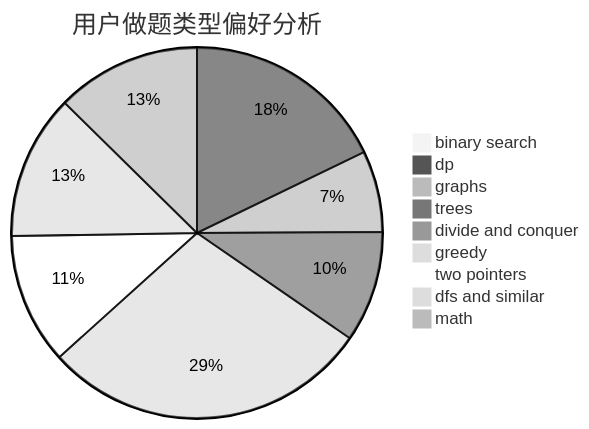
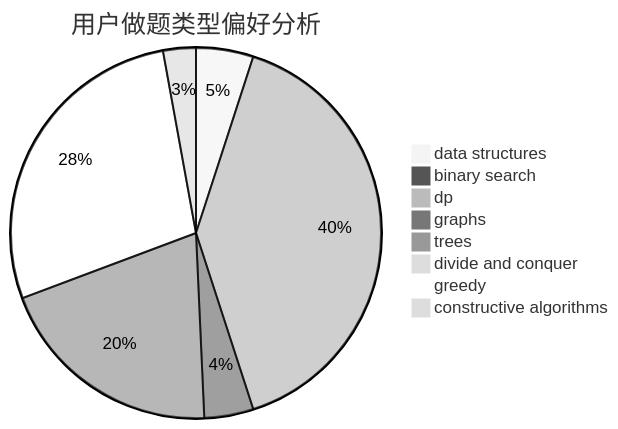
Before and after one commit to sherpahu/cfrs.github.io: the second of 3 diagrams in docs/user/u181.md, drawn with Mermaid (neutral theme). The commit also changed other lines of this file and 2775 other files, not shown here.

````diff
--- a/docs/user/u181.md
+++ b/docs/user/u181.md
@@ -23,12 +23,11 @@
 ```mermaid
 pie title 用户做题类型偏好分析
+    "data structures" :  7
     "binary search" :  0
-    "dp" :  103
-    "graphs" :  41
-    "trees" :  56
+    "dp" :  56
+    "graphs" :  6
+    "trees" :  28
     "divide and conquer" :  0
-    "greedy" :  166
-    "two pointers" :  66
-    "dfs and similar" :  73
-    "math" :  73
+    "greedy" :  39
+    "constructive algorithms" :  4
 ```
````
